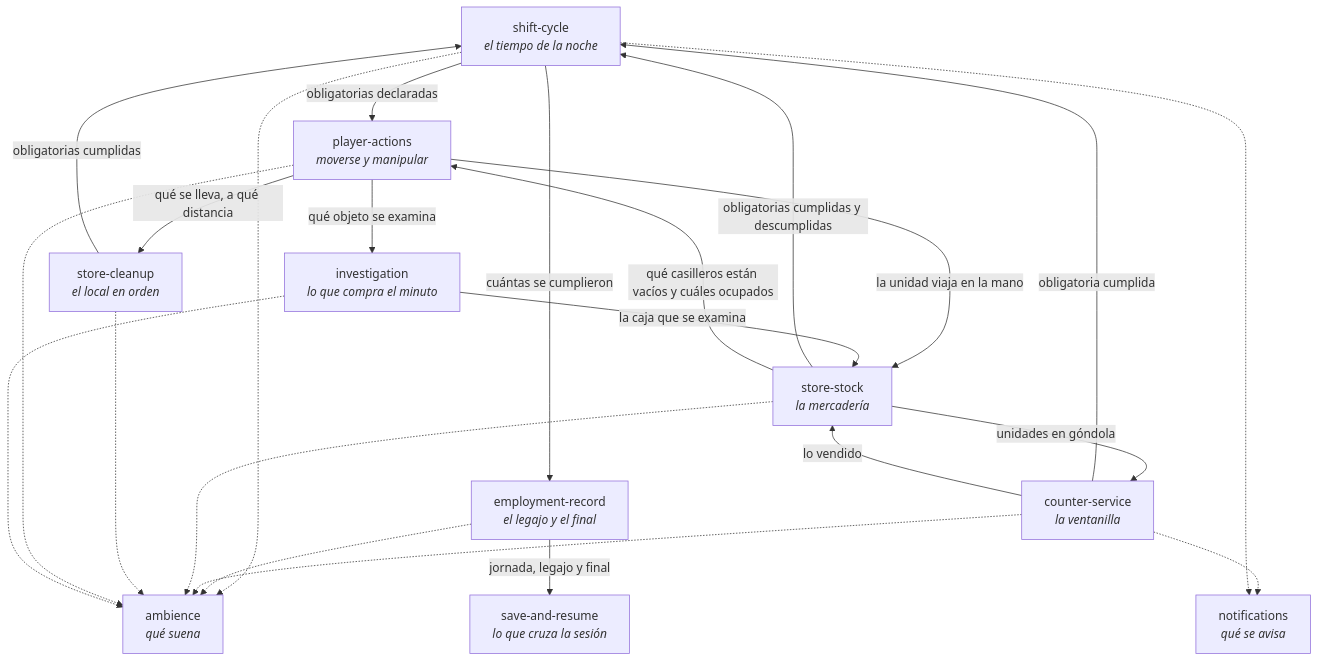
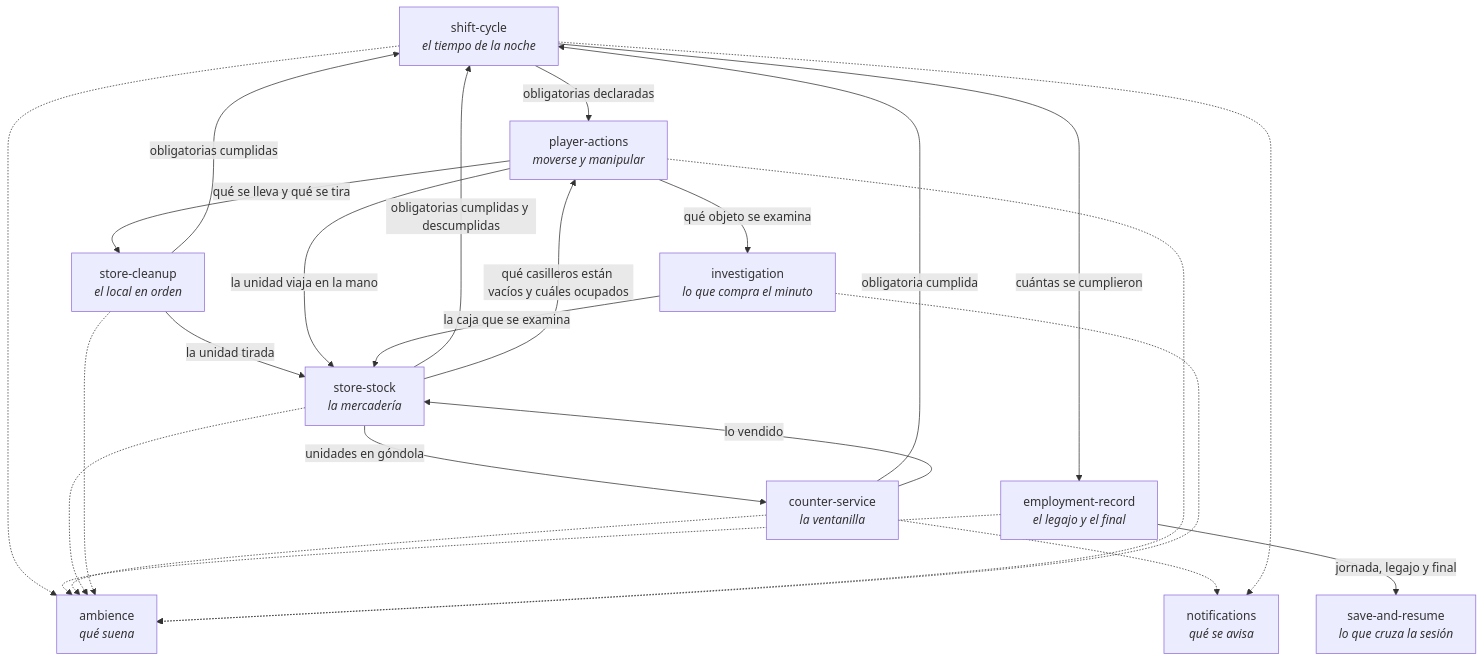
The diagram in docs/architecture/capacidades.md (federicohermo/nosefia), drawn with Mermaid before and after one commit. The commit also changed 3 other files, not shown here.

````diff
--- a/docs/architecture/capacidades.md
+++ b/docs/architecture/capacidades.md
@@ -22,36 +22,37 @@
 ```mermaid
 flowchart TD
   SHF["shift-cycle<br/><i>el tiempo de la noche</i>"]
   EMP["employment-record<br/><i>el legajo y el final</i>"]
   SAV["save-and-resume<br/><i>lo que cruza la sesión</i>"]
   PLY["player-actions<br/><i>moverse y manipular</i>"]
   INV["investigation<br/><i>lo que compra el minuto</i>"]
   CTR["counter-service<br/><i>la ventanilla</i>"]
   STK["store-stock<br/><i>la mercadería</i>"]
   CLN["store-cleanup<br/><i>el local en orden</i>"]
   AMB["ambience<br/><i>qué suena</i>"]
   NTF["notifications<br/><i>qué se avisa</i>"]
 
   CTR -- "obligatoria cumplida" --> SHF
   STK -- "obligatorias cumplidas y descumplidas" --> SHF
   CLN -- "obligatorias cumplidas" --> SHF
   SHF -- "obligatorias declaradas" --> PLY
   SHF -- "cuántas se cumplieron" --> EMP
   EMP -- "jornada, legajo y final" --> SAV
   STK -- "unidades en góndola" --> CTR
   CTR -- "lo vendido" --> STK
-  PLY -- "qué se lleva, a qué distancia" --> CLN
+  PLY -- "qué se lleva y qué se tira" --> CLN
+  CLN -- "la unidad tirada" --> STK
   PLY -- "la unidad viaja en la mano" --> STK
   STK -- "qué casilleros están vacíos y cuáles ocupados" --> PLY
   PLY -- "qué objeto se examina" --> INV
   INV -- "la caja que se examina" --> STK
   SHF -.-> AMB
   EMP -.-> AMB
   CTR -.-> AMB
   STK -.-> AMB
   CLN -.-> AMB
   PLY -.-> AMB
   INV -.-> AMB
   CTR -.-> NTF
   SHF -.-> NTF
 ```
````
